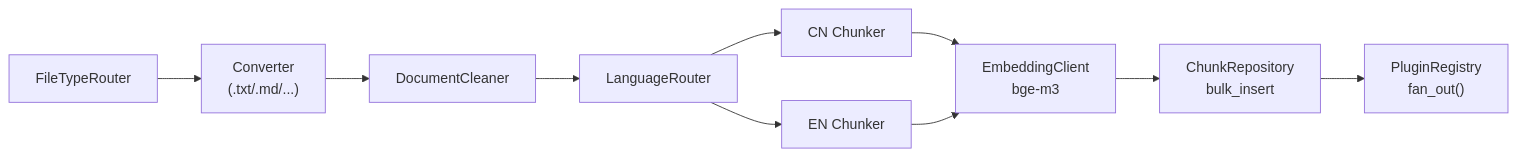
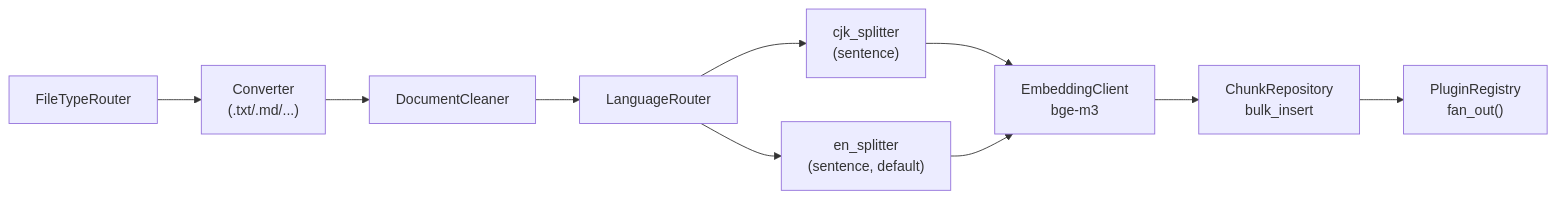
One commit to jeffweilee/ragent changed the diagram in docs/00_spec.md. Above: the diagram before and after it, drawn with Mermaid. The commit also changed other lines of this file and 2 other files, not shown here.

````diff
--- a/docs/00_spec.md
+++ b/docs/00_spec.md
@@ -101,11 +103,11 @@
 ```mermaid
 flowchart LR
   A[FileTypeRouter] --> B["Converter\n(.txt/.md/...)"]
   B --> C[DocumentCleaner]
   C --> D[LanguageRouter]
-  D --> E1[CN Chunker]
-  D --> E2[EN Chunker]
+  D --> E1["cjk_splitter\n(sentence)"]
+  D --> E2["en_splitter\n(sentence, default)"]
   E1 & E2 --> F["EmbeddingClient\nbge-m3"]
   F --> G["ChunkRepository\nbulk_insert"]
   G --> H["PluginRegistry\nfan_out()"]
 ```
````
